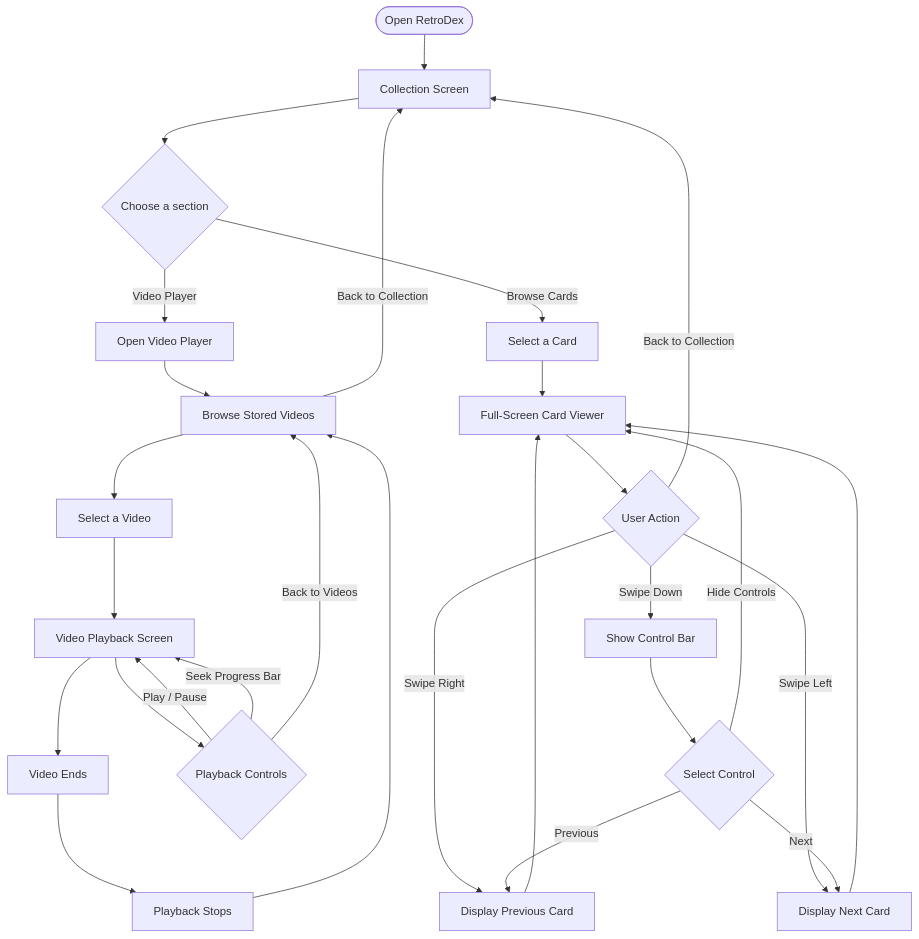
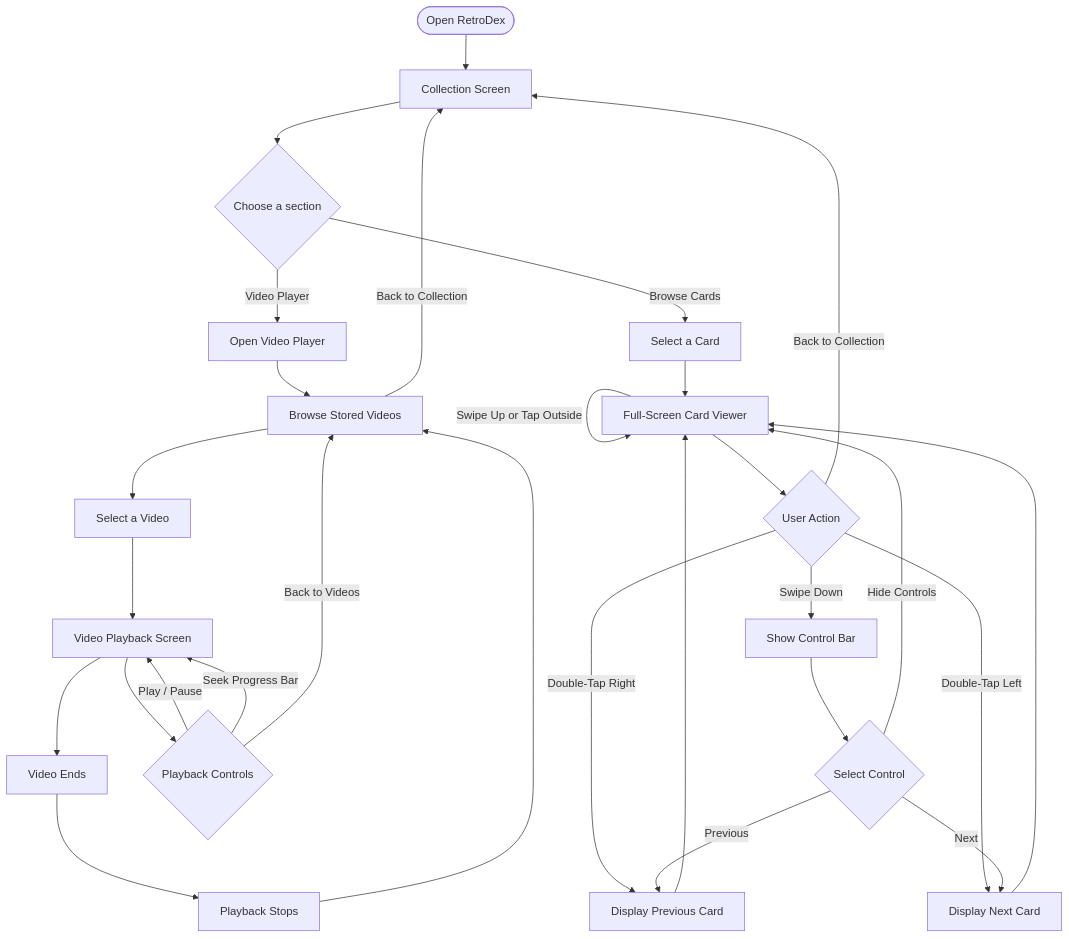
The first of 2 diagrams in README.md (anshsolstar/RetroDeX), drawn with Mermaid before and after one commit.

Commit message:
README.md

````diff
--- a/README.md
+++ b/README.md
@@ -83,30 +83,41 @@
 ```mermaid
 flowchart TD
     A([Open RetroDex]) --> B[Collection Screen]
     B --> C{Choose a section}
+
     C -->|Browse Cards| D[Select a Card]
     C -->|Video Player| V[Open Video Player]
+
     D --> E[Full-Screen Card Viewer]
     E --> F{User Action}
-    F -->|Swipe Left| G[Display Next Card]
-    F -->|Swipe Right| H[Display Previous Card]
+
+    F -->|Double-Tap Left| G[Display Next Card]
+    F -->|Double-Tap Right| H[Display Previous Card]
     F -->|Swipe Down| I[Show Control Bar]
     F -->|Back to Collection| B
+
     G --> E
     H --> E
+
     I --> J{Select Control}
     J -->|Next| G
     J -->|Previous| H
     J -->|Hide Controls| E
+
+    E -->|Swipe Up or Tap Outside| E
+
     V --> K[Browse Stored Videos]
     K --> L[Select a Video]
     L --> M[Video Playback Screen]
+
     M --> N{Playback Controls}
     N -->|Play / Pause| M
     N -->|Seek Progress Bar| M
     N -->|Back to Videos| K
+
     M --> O[Video Ends]
     O --> P[Playback Stops]
     P --> K
+
     K -->|Back to Collection| B
 ```
````
